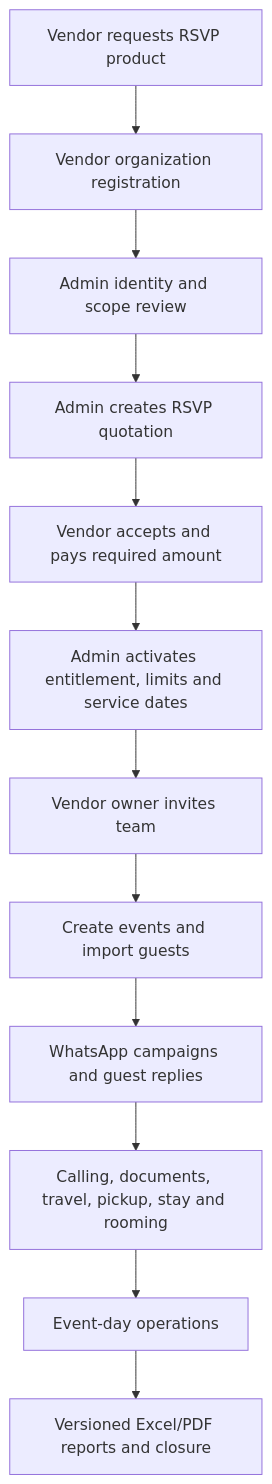
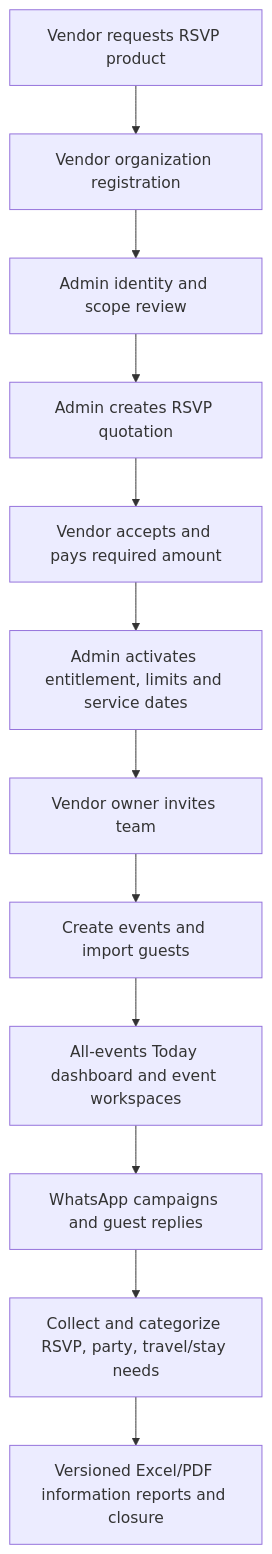
Before and after one commit to tejas104/TNP-Hospitality: the tenth of 12 diagrams in docs/PLATFORM-USAGE-WORKFLOW-BLUEPRINT.md, drawn with Mermaid. The commit also changed other lines of this file and 14 other files, not shown here.

Commit message:
docs: narrow RSVP to message-only multi-event product

````diff
--- a/docs/PLATFORM-USAGE-WORKFLOW-BLUEPRINT.md
+++ b/docs/PLATFORM-USAGE-WORKFLOW-BLUEPRINT.md
@@ -301,14 +301,14 @@
 ```mermaid
 flowchart TD
     A[Vendor requests RSVP product] --> B[Vendor organization registration]
     B --> C[Admin identity and scope review]
     C --> D[Admin creates RSVP quotation]
     D --> E[Vendor accepts and pays required amount]
     E --> F[Admin activates entitlement, limits and service dates]
     F --> G[Vendor owner invites team]
     G --> H[Create events and import guests]
-    H --> I[WhatsApp campaigns and guest replies]
-    I --> J[Calling, documents, travel, pickup, stay and rooming]
-    J --> K[Event-day operations]
-    K --> L[Versioned Excel/PDF reports and closure]
+    H --> I[All-events Today dashboard and event workspaces]
+    I --> J[WhatsApp campaigns and guest replies]
+    J --> K[Collect and categorize RSVP, party, travel/stay needs]
+    K --> L[Versioned Excel/PDF information reports and closure]
 ```
````
